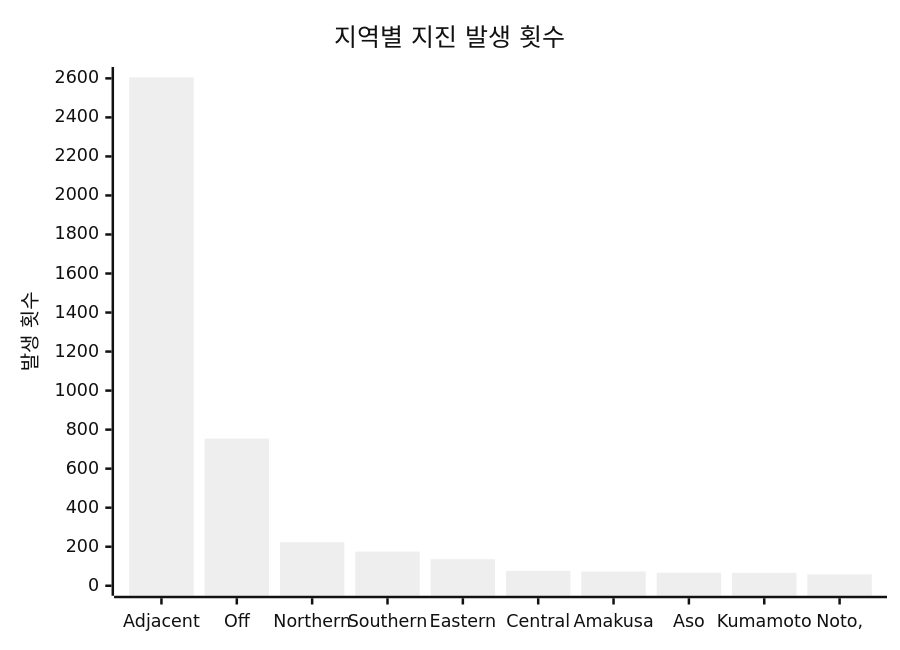
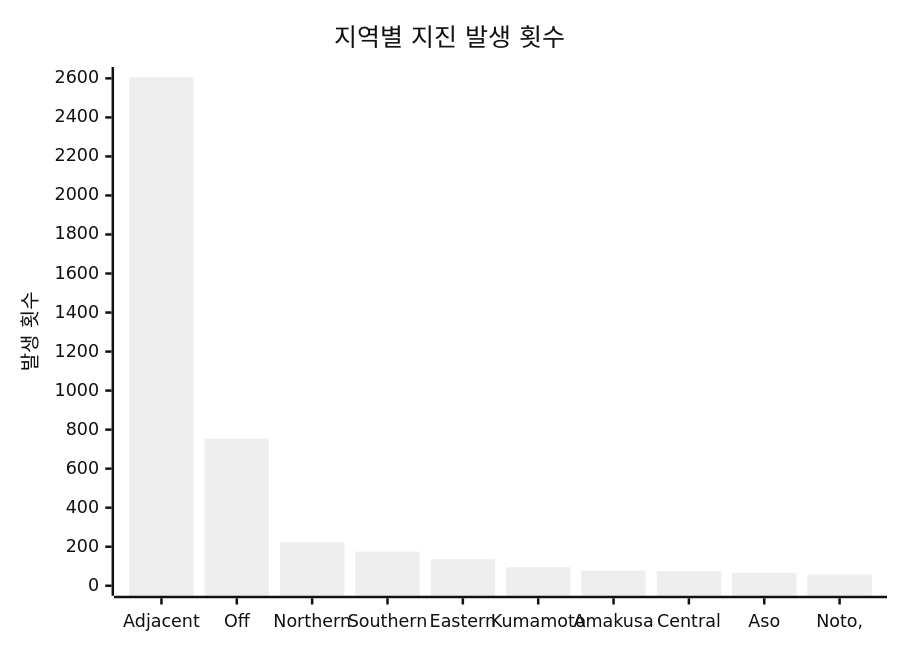
One commit to serendip811/japan-eq changed the diagram in charts/region-chart.md. Above: the diagram before and after it, drawn with Mermaid (neutral theme). The commit also changed other lines of this file and 5 other files, not shown here.

Commit message:
Update earthquake data and charts Tue Jul 28 13:55:53 UTC 2026

````diff
--- a/charts/region-chart.md
+++ b/charts/region-chart.md
@@ -3,7 +3,7 @@
 ```mermaid
 xychart-beta
     title "지역별 지진 발생 횟수"
-    x-axis ["Adjacent", "Off", "Northern", "Southern", "Eastern", "Central", "Amakusa", "Aso", "Kumamoto", "Noto,"]
+    x-axis ["Adjacent", "Off", "Northern", "Southern", "Eastern", "Kumamoto", "Amakusa", "Central", "Aso", "Noto,"]
     y-axis "발생 횟수" 0 --> 2607
-    bar [2605, 754, 223, 175, 136, 76, 73, 67, 66, 58]
+    bar [2605, 754, 223, 175, 136, 95, 78, 76, 67, 58]
 ```
````
